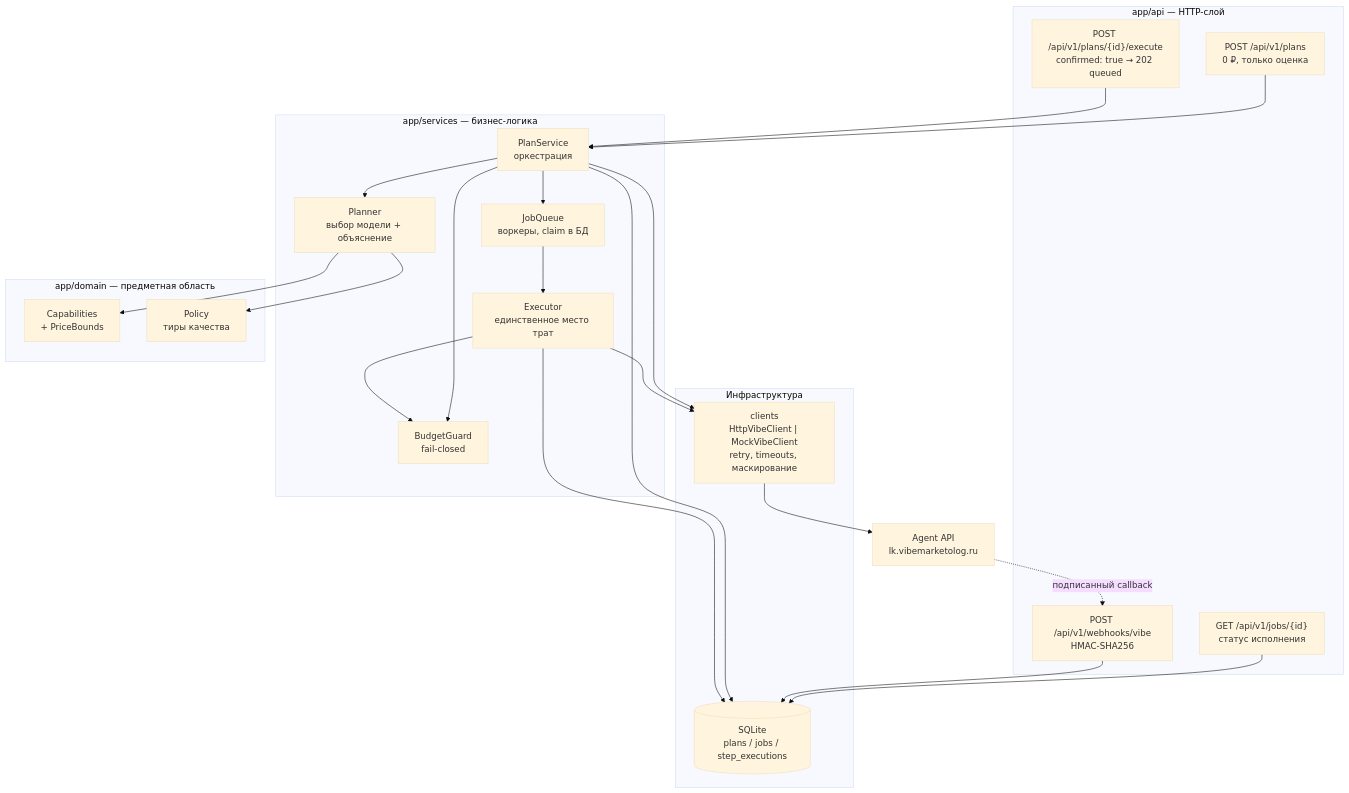
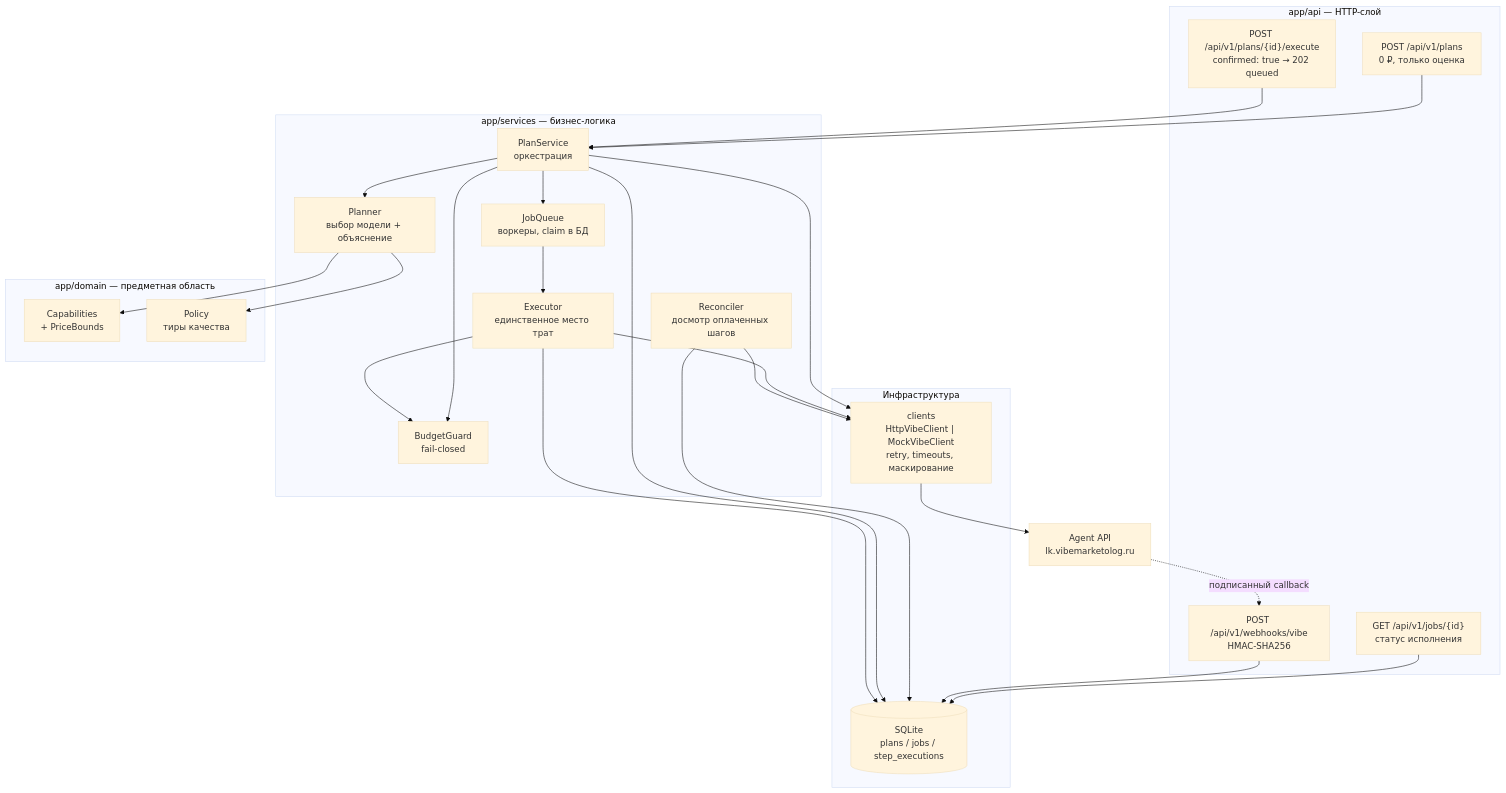
One commit to pargevk1996-a11y/agent_006 changed the diagram in README.md. Above: the diagram before and after it, drawn with Mermaid (base theme). The commit also changed other lines of this file and 7 other files, not shown here.

Commit message:
feat(reconcile): досмотр оплаченных, но неотчитавшихся шагов

````diff
--- a/README.md
+++ b/README.md
@@ -66,47 +66,50 @@
 ```mermaid
 flowchart TB
     subgraph API["app/api — HTTP-слой"]
         P["POST /api/v1/plans<br/>0 ₽, только оценка"]
         E["POST /api/v1/plans/{id}/execute<br/>confirmed: true → 202 queued"]
         J["GET /api/v1/jobs/{id}<br/>статус исполнения"]
         W["POST /api/v1/webhooks/vibe<br/>HMAC-SHA256"]
     end
 
     subgraph SVC["app/services — бизнес-логика"]
         PS["PlanService<br/>оркестрация"]
         PL["Planner<br/>выбор модели + объяснение"]
         BG["BudgetGuard<br/>fail-closed"]
         Q["JobQueue<br/>воркеры, claim в БД"]
         EX["Executor<br/>единственное место трат"]
+        RC["Reconciler<br/>досмотр оплаченных шагов"]
     end
 
     subgraph DOM["app/domain — предметная область"]
         CAP["Capabilities<br/>+ PriceBounds"]
         POL["Policy<br/>тиры качества"]
     end
 
     subgraph INF["Инфраструктура"]
         CL["clients<br/>HttpVibeClient | MockVibeClient<br/>retry, timeouts, маскирование"]
         DB[("SQLite<br/>plans / jobs / step_executions")]
     end
 
     VIBE["Agent API<br/>lk.vibemarketolog.ru"]
 
     P --> PS
     E --> PS
     J --> DB
     W --> DB
     PS --> PL
     PL --> POL
     PL --> CAP
     PS --> BG
     PS --> Q
     Q --> EX
     EX --> BG
     PS --> CL
     EX --> CL
+    RC --> CL
+    RC --> DB
     CL --> VIBE
     PS --> DB
     EX --> DB
     VIBE -.->|подписанный callback| W
 ```
````
